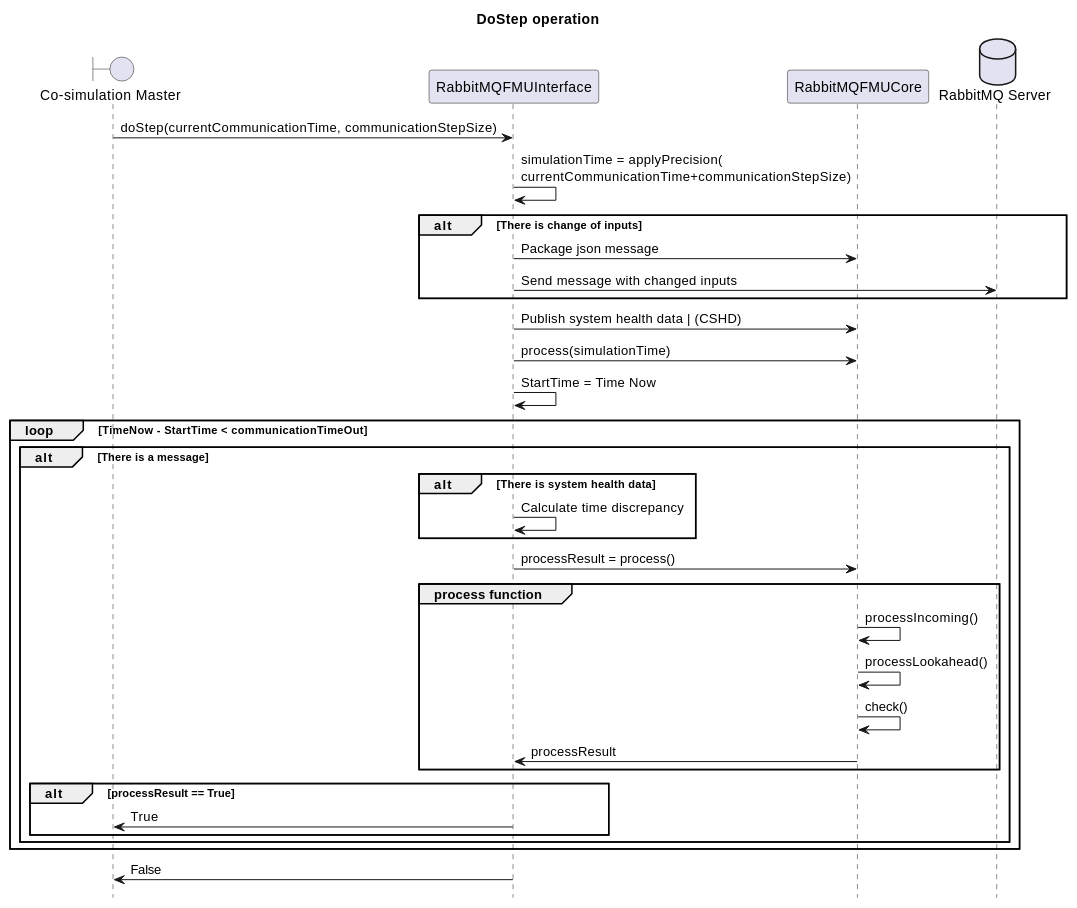
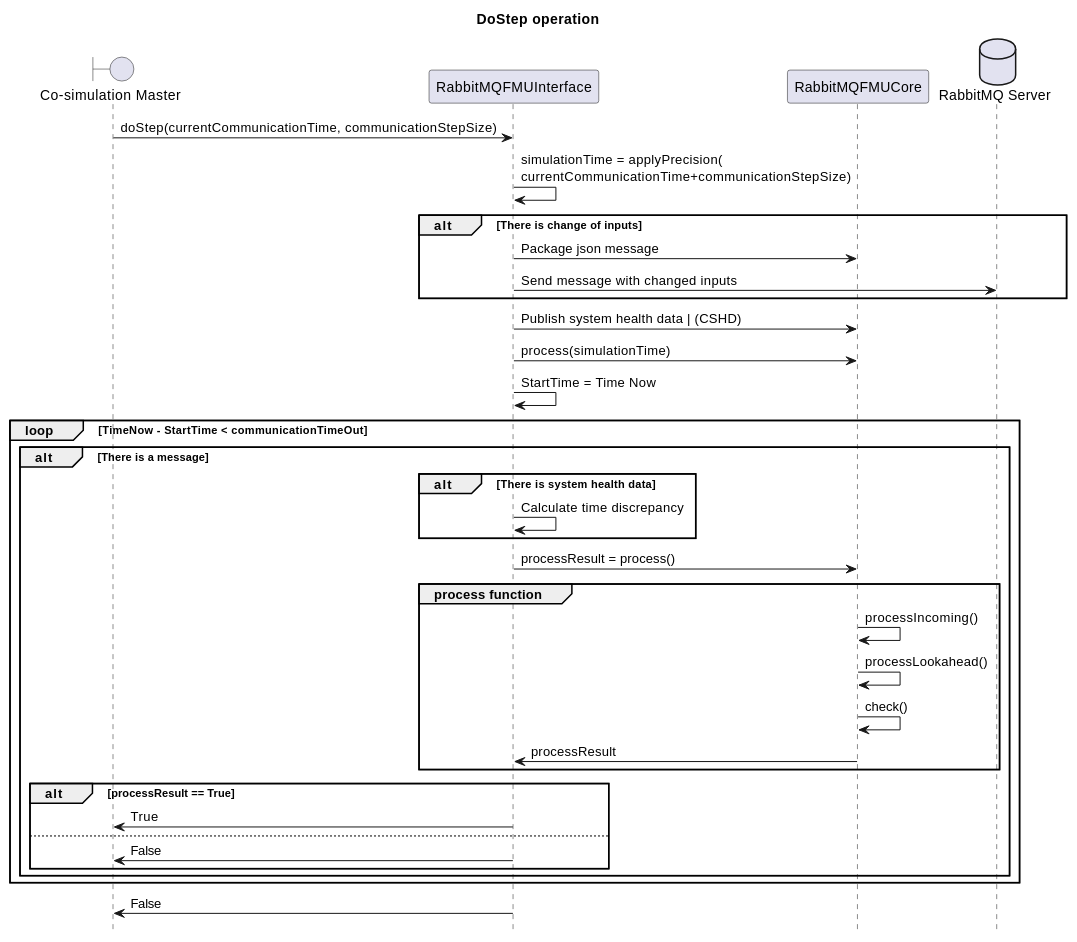
Before and after one commit to INTO-CPS-Association/fmu-rabbitmq: the third of 3 diagrams in docs/data-handling.rst, drawn with PlantUML.

```diff
--- a/docs/data-handling.rst
+++ b/docs/data-handling.rst
@@ -117,39 +117,41 @@
 .. uml::
 
     title DoStep operation
     hide footbox
 
     boundary "Co-simulation Master" as Master
     participant RabbitMQFMUInterface as FMUI
     participant RabbitMQFMUCore as FMUC
     database "RabbitMQ Server" as server
 
 
     Master -> FMUI: doStep(currentCommunicationTime, communicationStepSize)
     FMUI -> FMUI: simulationTime = applyPrecision(\ncurrentCommunicationTime+communicationStepSize)
     alt There is change of inputs
         FMUI -> FMUC: Package json message
         FMUI -> server: Send message with changed inputs
     end
     FMUI -> FMUC: Publish system health data | (CSHD)
     FMUI -> FMUC: process(simulationTime)
     FMUI -> FMUI: StartTime = Time Now
     loop TimeNow - StartTime < communicationTimeOut
         alt There is a message
             alt There is system health data
                FMUI -> FMUI: Calculate time discrepancy
             end
             
             FMUI -> FMUC: processResult = process()
             group process function
                  FMUC -> FMUC: processIncoming()
                  FMUC -> FMUC: processLookahead()
                  FMUC -> FMUC: check()
                  FMUC -> FMUI: processResult
             end
             alt processResult == True
                 FMUI -> Master: True
+            else
+                FMUI -> Master: False
             end
         end
     end
     FMUI -> Master: False
```
